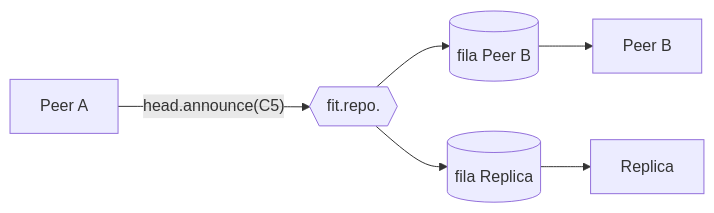
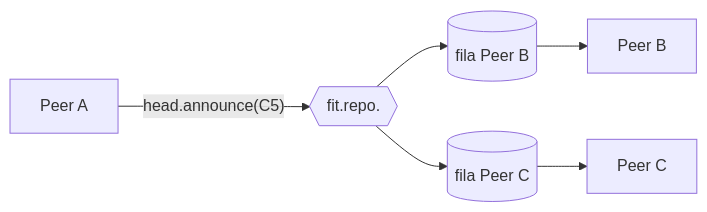
One commit to lemuel-manske/fit changed the fifth of 10 diagrams in README.md. Above: the diagram before and after it, drawn with Mermaid. The commit also changed other lines of this file, not shown here.

````diff
--- a/README.md
+++ b/README.md
@@ -218,10 +237,10 @@
 ```mermaid
 flowchart LR
     A["Peer A"] -->|"head.announce(C5)"| X{{"fit.repo.<repositoryId>"}}
 
     X --> QB[("fila Peer B")]
-    X --> QR[("fila Replica")]
+    X --> QR[("fila Peer C")]
 
     QB --> B["Peer B"]
-    QR --> R["Replica"]
+    QR --> R["Peer C"]
 ```
````
